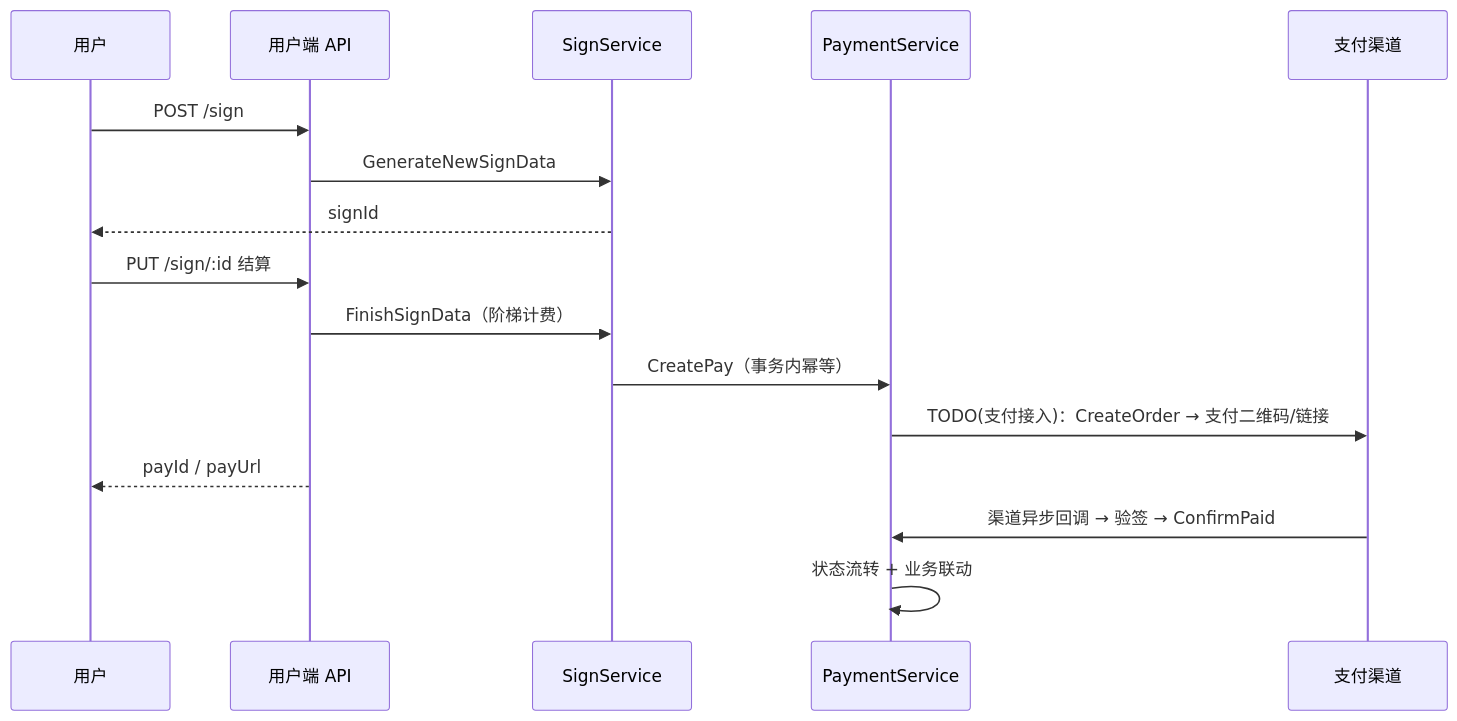
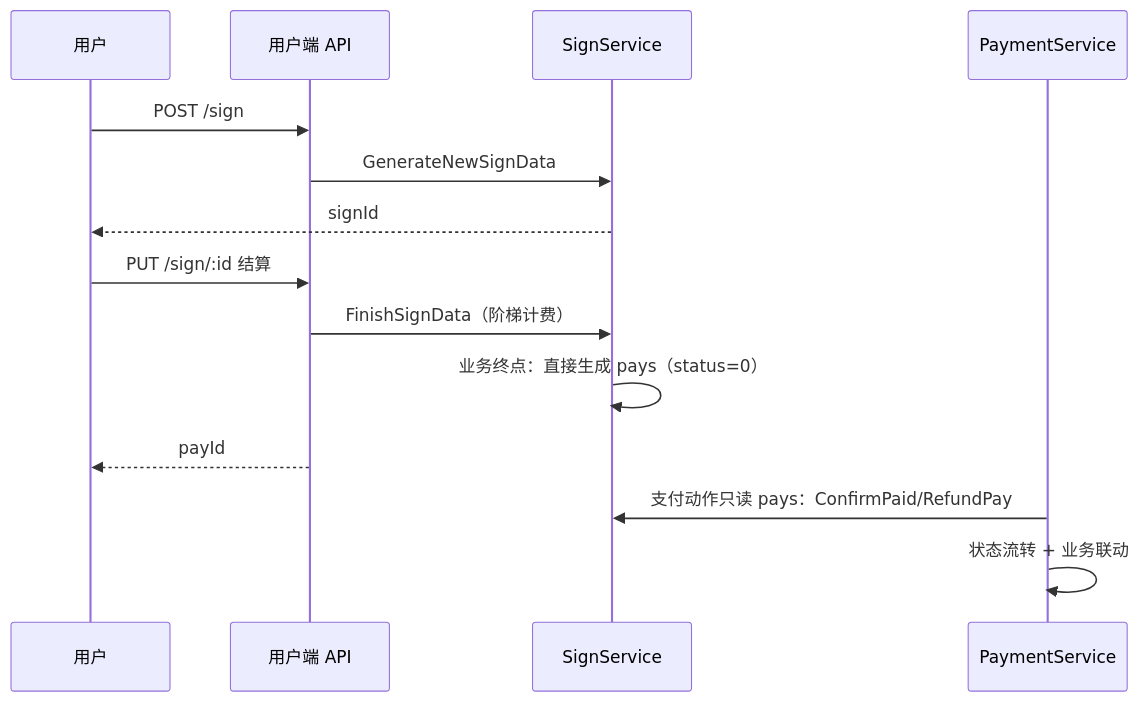
The third of 3 diagrams in docs/architecture.md (1inkun/Gubill), drawn with Mermaid before and after one commit. The commit also changed other lines of this file and 12 other files, not shown here.

````diff
--- a/docs/architecture.md
+++ b/docs/architecture.md
@@ -76,18 +76,16 @@
 ```mermaid
 sequenceDiagram
     participant U as 用户
     participant API as 用户端 API
     participant S as SignService
     participant P as PaymentService
-    participant G as 支付渠道
     U->>API: POST /sign
     API->>S: GenerateNewSignData
     S-->>U: signId
     U->>API: PUT /sign/:id 结算
     API->>S: FinishSignData（阶梯计费）
-    S->>P: CreatePay（事务内幂等）
-    P->>G: TODO(支付接入)：CreateOrder → 支付二维码/链接
-    API-->>U: payId / payUrl
-    G->>P: 渠道异步回调 → 验签 → ConfirmPaid
+    S->>S: 业务终点：直接生成 pays（status=0）
+    API-->>U: payId
+    P->>S: 支付动作只读 pays：ConfirmPaid/RefundPay
     P->>P: 状态流转 + 业务联动
 ```
````
